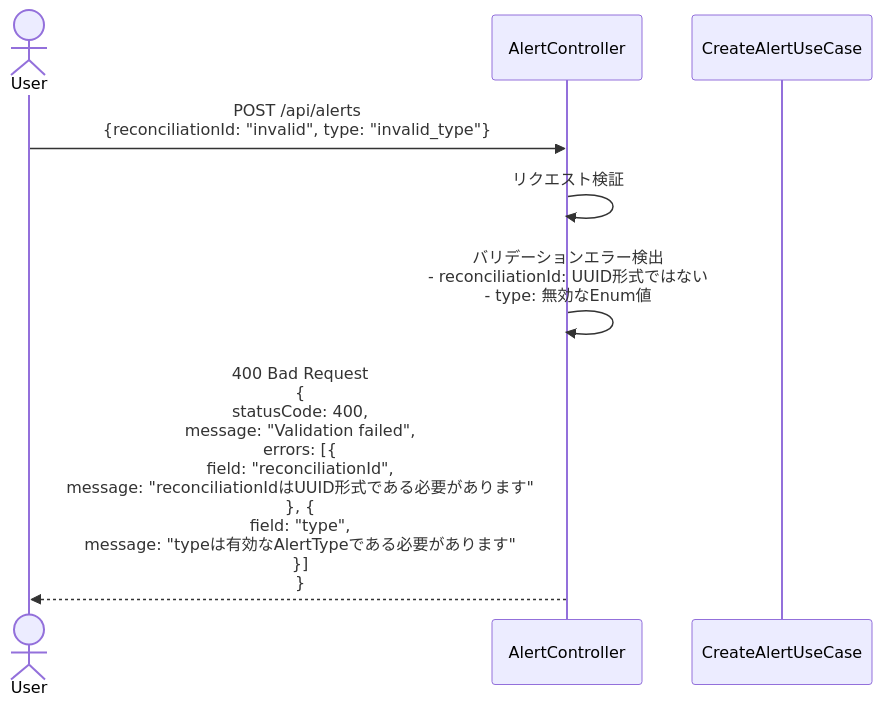
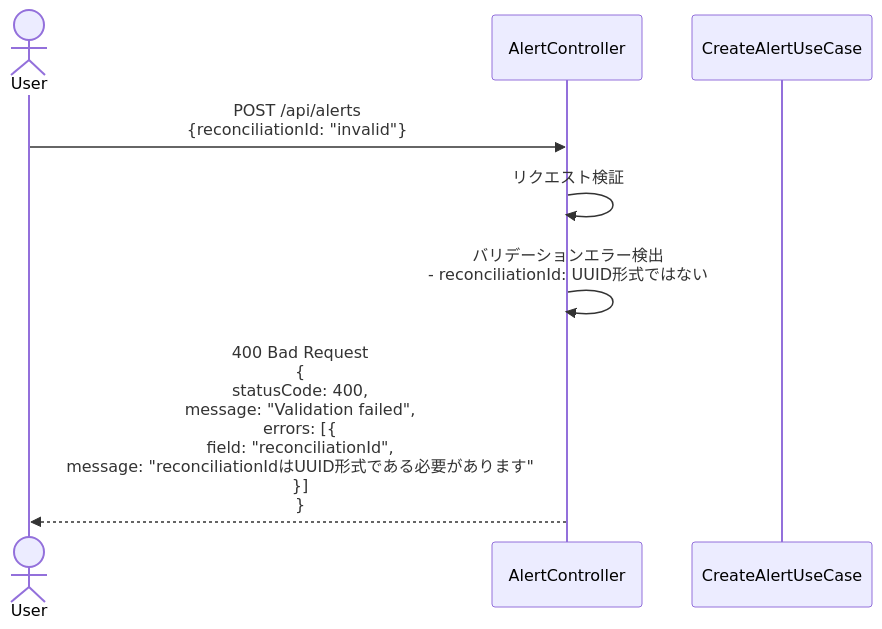
The fourth of 8 diagrams in docs/detailed-design/FR-015_inconsistency-alert/sequence-diagrams.md (kencom2400/account-book), drawn with Mermaid before and after one commit. The commit also changed other lines of this file and 3 other files, not shown here.

````diff
--- a/docs/detailed-design/FR-015_inconsistency-alert/sequence-diagrams.md
+++ b/docs/detailed-design/FR-015_inconsistency-alert/sequence-diagrams.md
@@ -269,13 +276,13 @@
 ```mermaid
 sequenceDiagram
     actor User
     participant API as AlertController
     participant UC as CreateAlertUseCase
 
-    User->>API: POST /api/alerts<br/>{reconciliationId: "invalid", type: "invalid_type"}
+    User->>API: POST /api/alerts<br/>{reconciliationId: "invalid"}
 
     API->>API: リクエスト検証
-    API->>API: バリデーションエラー検出<br/>- reconciliationId: UUID形式ではない<br/>- type: 無効なEnum値
+    API->>API: バリデーションエラー検出<br/>- reconciliationId: UUID形式ではない
 
-    API-->>User: 400 Bad Request<br/>{<br/>  statusCode: 400,<br/>  message: "Validation failed",<br/>  errors: [{<br/>    field: "reconciliationId",<br/>    message: "reconciliationIdはUUID形式である必要があります"<br/>  }, {<br/>    field: "type",<br/>    message: "typeは有効なAlertTypeである必要があります"<br/>  }]<br/>}
+    API-->>User: 400 Bad Request<br/>{<br/>  statusCode: 400,<br/>  message: "Validation failed",<br/>  errors: [{<br/>    field: "reconciliationId",<br/>    message: "reconciliationIdはUUID形式である必要があります"<br/>  }]<br/>}
 ```
````
